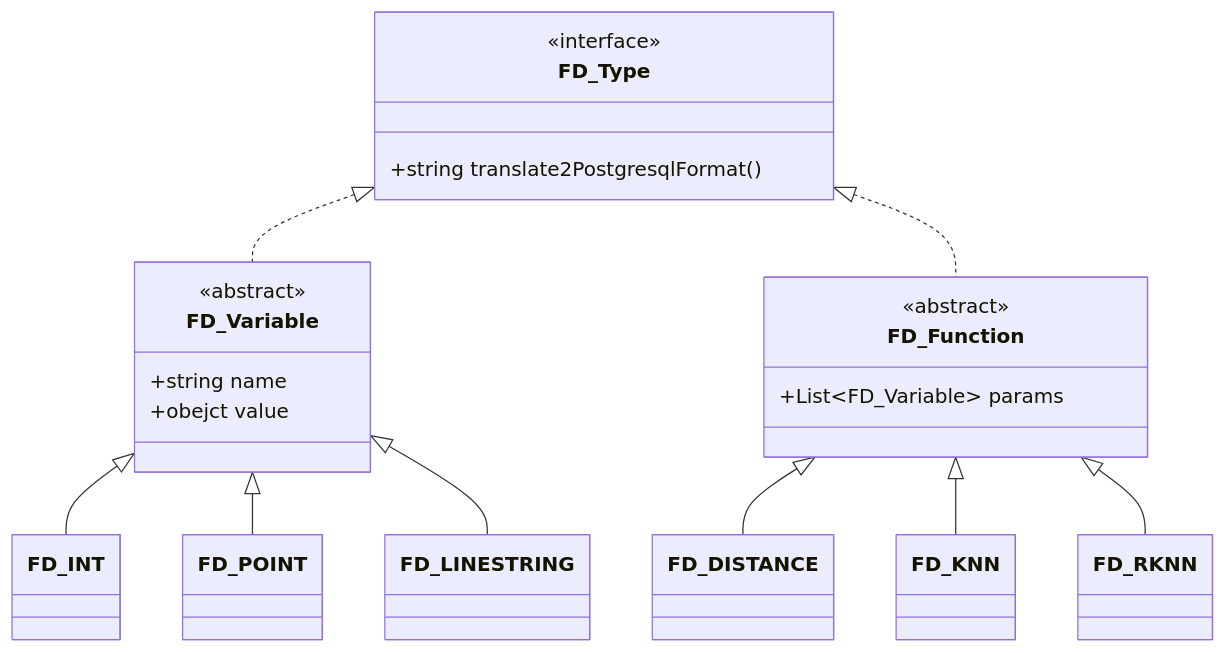
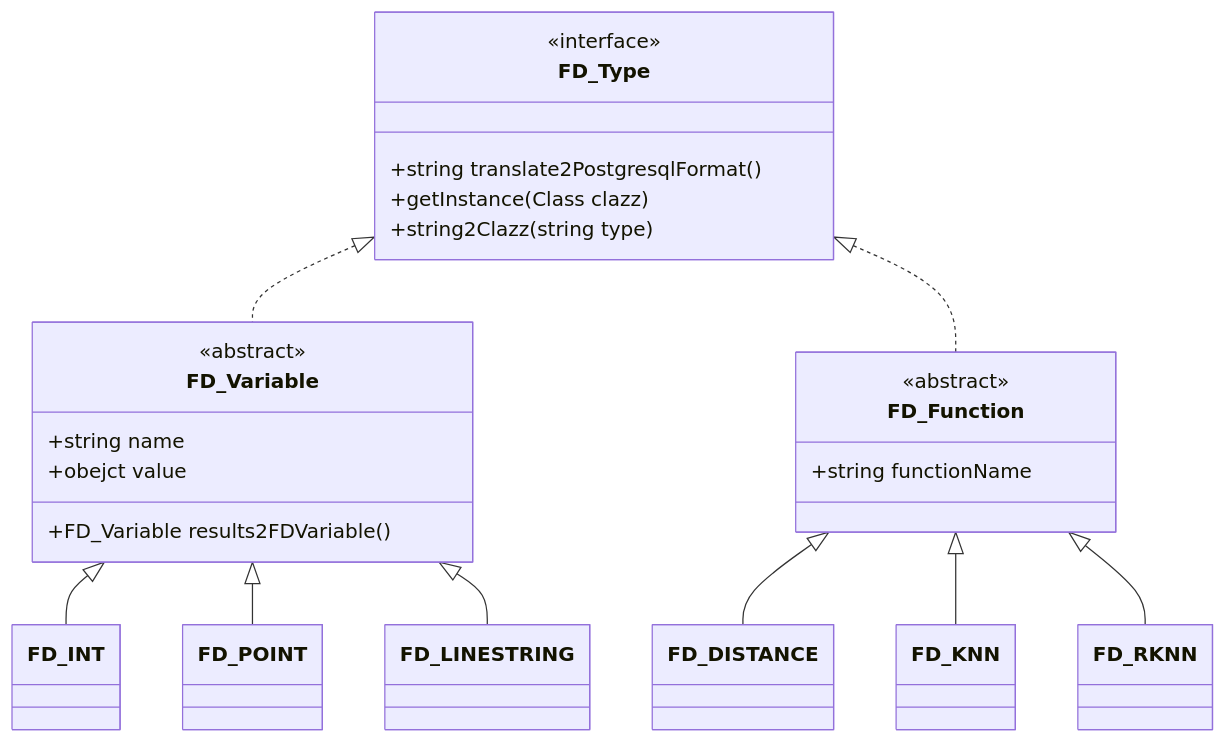
The first of 2 diagrams in README.md (ChengziCao/FederateDBSystem), drawn with Mermaid before and after one commit. The commit also changed other lines of this file and 2 other files, not shown here.

````diff
--- a/README.md
+++ b/README.md
@@ -34,37 +34,41 @@
 ```mermaid
 classDiagram
 
 %% class SQLTranslator{
 %%     +translate(string originalSql)
 %% }
 
 %% SQLTranslator ..> FD_Variable
 %% SQLTranslator ..> FD_Function
 
 class FD_Type{
     <<interface>>
     +string translate2PostgresqlFormat()
+    +getInstance(Class clazz)
+    +string2Clazz(string type)
 }
 
 class FD_Variable{
     <<abstract>>
     +string name
     +obejct value
+    +FD_Variable results2FDVariable()
 }
 class FD_Function{
     <<abstract>>
-    +List~FD_Variable~ params
+    +string functionName
 }
 
 FD_Variable <|-- FD_INT
 FD_Variable <|-- FD_POINT
 FD_Variable <|-- FD_LINESTRING
 
 FD_Function <|-- FD_DISTANCE
 FD_Function <|-- FD_KNN
 FD_Function <|-- FD_RKNN
 
 
 FD_Type <|.. FD_Variable 
 FD_Type <|.. FD_Function
+
 ```
````
